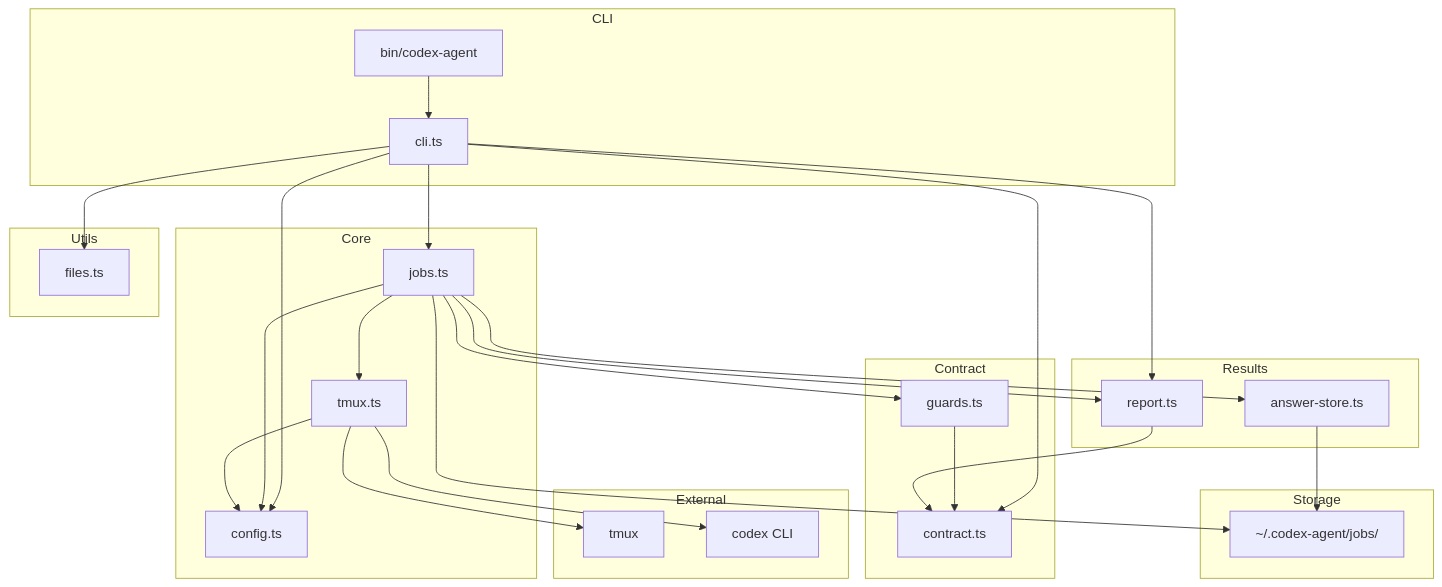
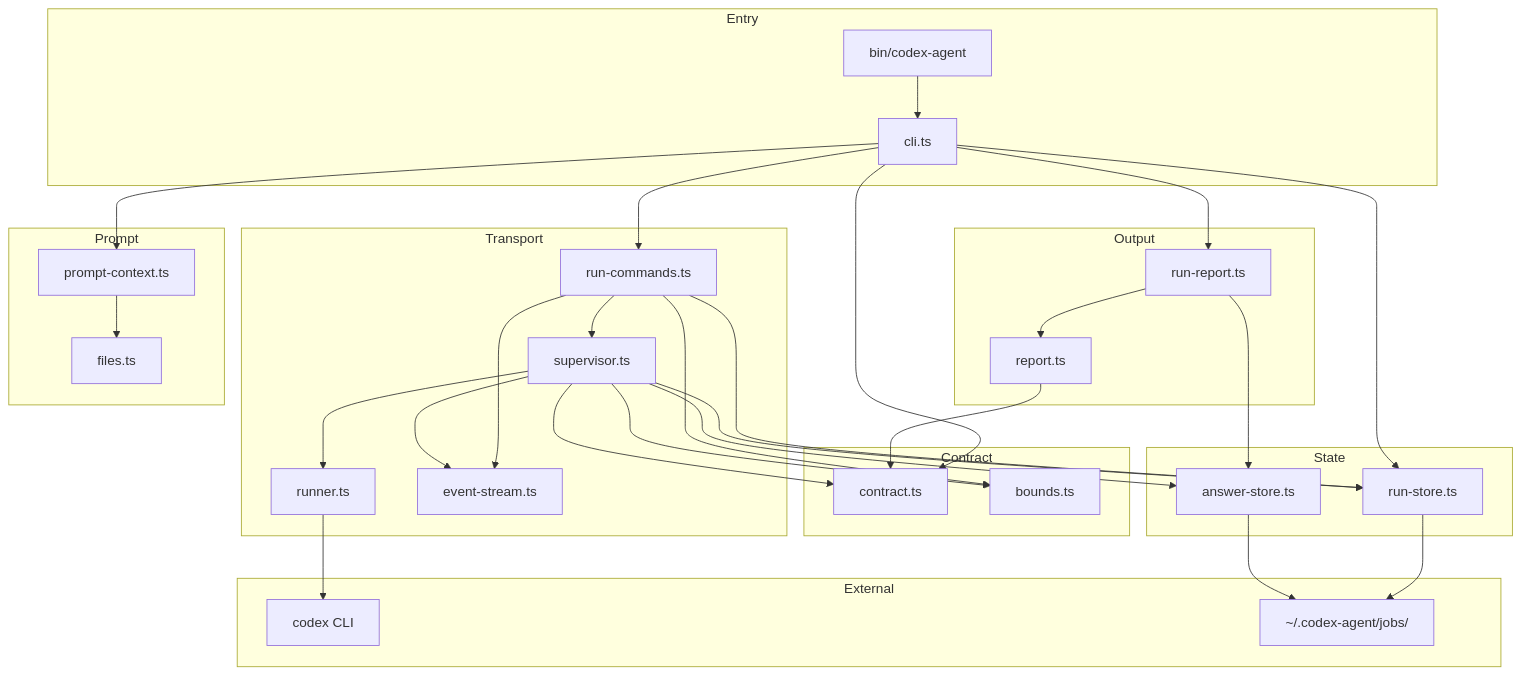
One commit to lachiejames/codex-agent changed the first of 3 diagrams in docs/CODEBASE_MAP.md. Above: the diagram before and after it, drawn with Mermaid. The commit also changed other lines of this file and 59 other files, not shown here.

First line of the commit message:
Replace the tmux TUI transport with codex exec --json

````diff
--- a/docs/CODEBASE_MAP.md
+++ b/docs/CODEBASE_MAP.md
@@ -15,49 +33,57 @@
 ```mermaid
 graph TB
-    subgraph CLI
+    subgraph Entry
         BIN[bin/codex-agent]
-        CLI_TS[cli.ts]
-    end
-    subgraph Core
-        JOBS[jobs.ts]
-        TMUX[tmux.ts]
-        CONFIG[config.ts]
+        CLI[cli.ts]
     end
     subgraph Contract
         CONTRACT[contract.ts]
-        GUARDS[guards.ts]
+        BOUNDS[bounds.ts]
     end
-    subgraph Results
+    subgraph Transport
+        SUP[supervisor.ts]
+        RUNNER[runner.ts]
+        STREAM[event-stream.ts]
+        CMDS[run-commands.ts]
+    end
+    subgraph State
+        STORE[run-store.ts]
         ANSWERS[answer-store.ts]
+    end
+    subgraph Output
         REPORT[report.ts]
+        RUNREPORT[run-report.ts]
     end
-    subgraph Utils
+    subgraph Prompt
+        PCTX[prompt-context.ts]
         FILES[files.ts]
     end
     subgraph External
-        TMUX_BIN[tmux]
         CODEX[codex CLI]
-    end
-    subgraph Storage
-        JOBS_DIR[~/.codex-agent/jobs/]
+        JOBSDIR[~/.codex-agent/jobs/]
     end
 
-    BIN --> CLI_TS
-    CLI_TS --> JOBS
-    CLI_TS --> FILES
-    CLI_TS --> CONFIG
-    CLI_TS --> CONTRACT
-    CLI_TS --> REPORT
-    JOBS --> TMUX
-    JOBS --> CONFIG
-    JOBS --> GUARDS
-    JOBS --> ANSWERS
-    JOBS --> REPORT
-    GUARDS --> CONTRACT
+    BIN --> CLI
+    CLI --> CONTRACT
+    CLI --> PCTX
+    CLI --> CMDS
+    CLI --> RUNREPORT
+    CLI --> STORE
+    PCTX --> FILES
+    CMDS --> SUP
+    CMDS --> BOUNDS
+    CMDS --> STREAM
+    CMDS --> STORE
+    SUP --> RUNNER
+    SUP --> BOUNDS
+    SUP --> STREAM
+    SUP --> ANSWERS
+    SUP --> STORE
+    SUP --> CONTRACT
+    RUNNER --> CODEX
+    RUNREPORT --> REPORT
+    RUNREPORT --> ANSWERS
     REPORT --> CONTRACT
-    ANSWERS --> JOBS_DIR
-    TMUX --> CONFIG
-    TMUX --> TMUX_BIN
-    TMUX --> CODEX
-    JOBS --> JOBS_DIR
+    STORE --> JOBSDIR
+    ANSWERS --> JOBSDIR
 ```
````
